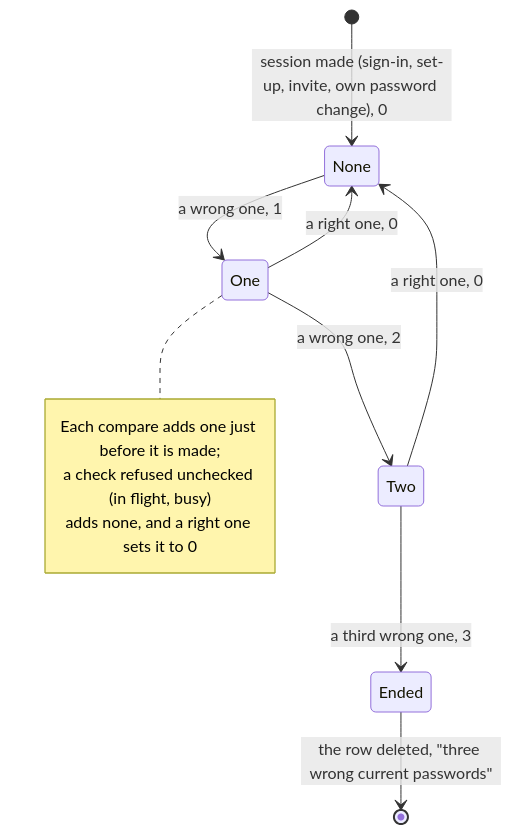
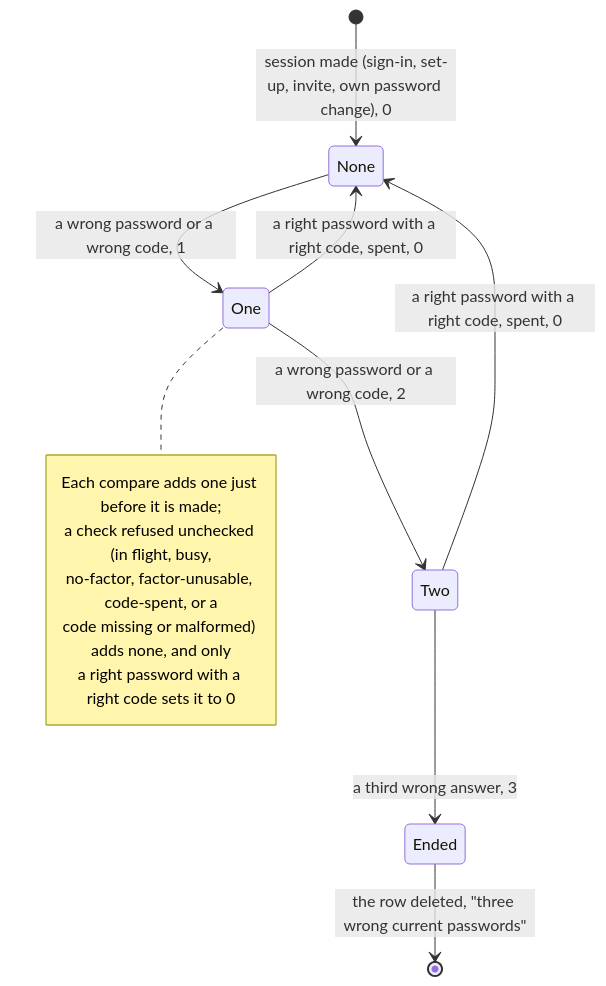
Before and after one commit to gitBoon/DumpFire: diagram 34 of 38 in docs/data-model.md, drawn with Mermaid. The commit also changed other lines of this file and 58 other files, not shown here.

````diff
--- a/docs/data-model.md
+++ b/docs/data-model.md
@@ -2866,15 +2877,17 @@
 ```mermaid
 stateDiagram-v2
     [*] --> None: session made (sign-in, set-up, invite, own password change), 0
-    None --> One: a wrong one, 1
-    One --> Two: a wrong one, 2
-    Two --> Ended: a third wrong one, 3
-    One --> None: a right one, 0
-    Two --> None: a right one, 0
+    None --> One: a wrong password or a wrong code, 1
+    One --> Two: a wrong password or a wrong code, 2
+    Two --> Ended: a third wrong answer, 3
+    One --> None: a right password with a right code, spent, 0
+    Two --> None: a right password with a right code, spent, 0
     Ended --> [*]: the row deleted, "three wrong current passwords"
     note right of One
         Each compare adds one just before it is made;
-        a check refused unchecked (in flight, busy)
-        adds none, and a right one sets it to 0
+        a check refused unchecked (in flight, busy,
+        no-factor, factor-unusable, code-spent, or a
+        code missing or malformed) adds none, and only
+        a right password with a right code sets it to 0
     end note
 ```
````
